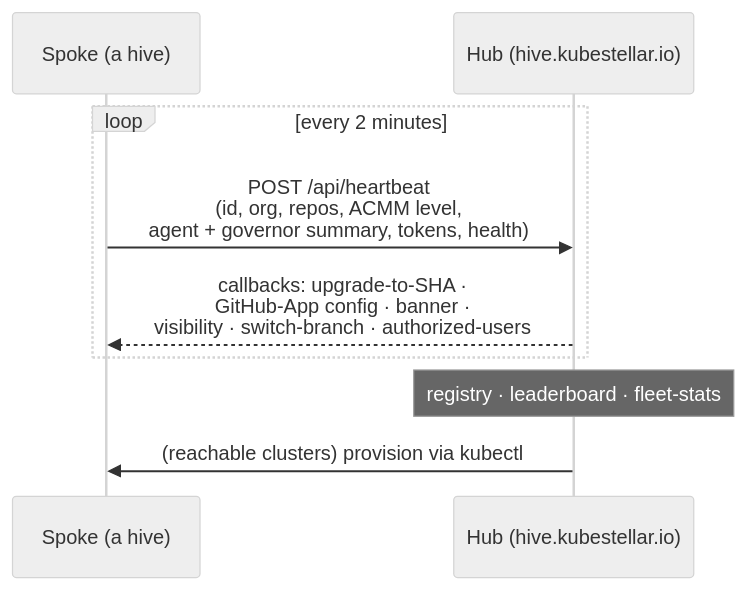
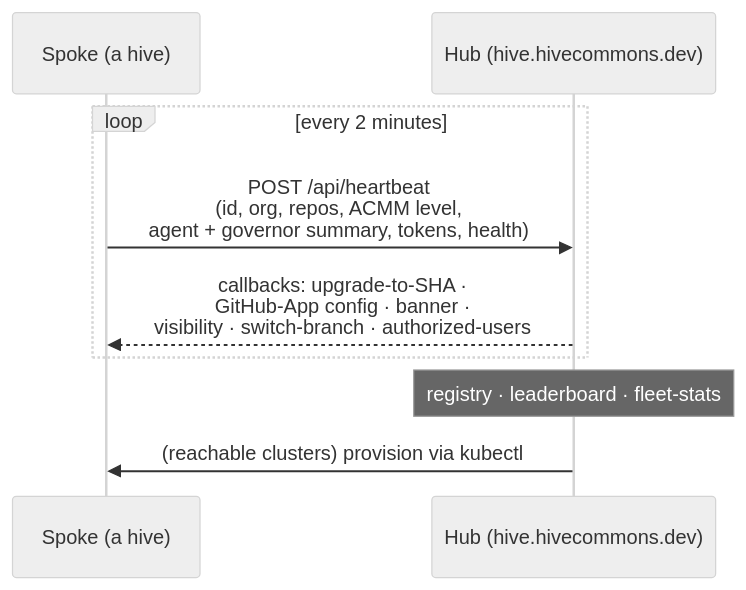
The eighth of 10 diagrams in src/docs/architecture.md (Danathar/hive), drawn with Mermaid (neutral theme) before and after one commit. The commit also changed other lines of this file and 21 other files, not shown here.

````diff
--- a/src/docs/architecture.md
+++ b/src/docs/architecture.md
@@ -294,11 +294,11 @@
 ```mermaid
 sequenceDiagram
     participant S as Spoke (a hive)
-    participant H as Hub (hive.kubestellar.io)
+    participant H as Hub (hive.hivecommons.dev)
     loop every 2 minutes
         S->>H: POST /api/heartbeat<br/>(id, org, repos, ACMM level,<br/>agent + governor summary, tokens, health)
         H-->>S: callbacks: upgrade-to-SHA ·<br/>GitHub-App config · banner ·<br/>visibility · switch-branch · authorized-users
     end
     Note over H: registry · leaderboard · fleet-stats
     H->>S: (reachable clusters) provision via kubectl
 ```
````
